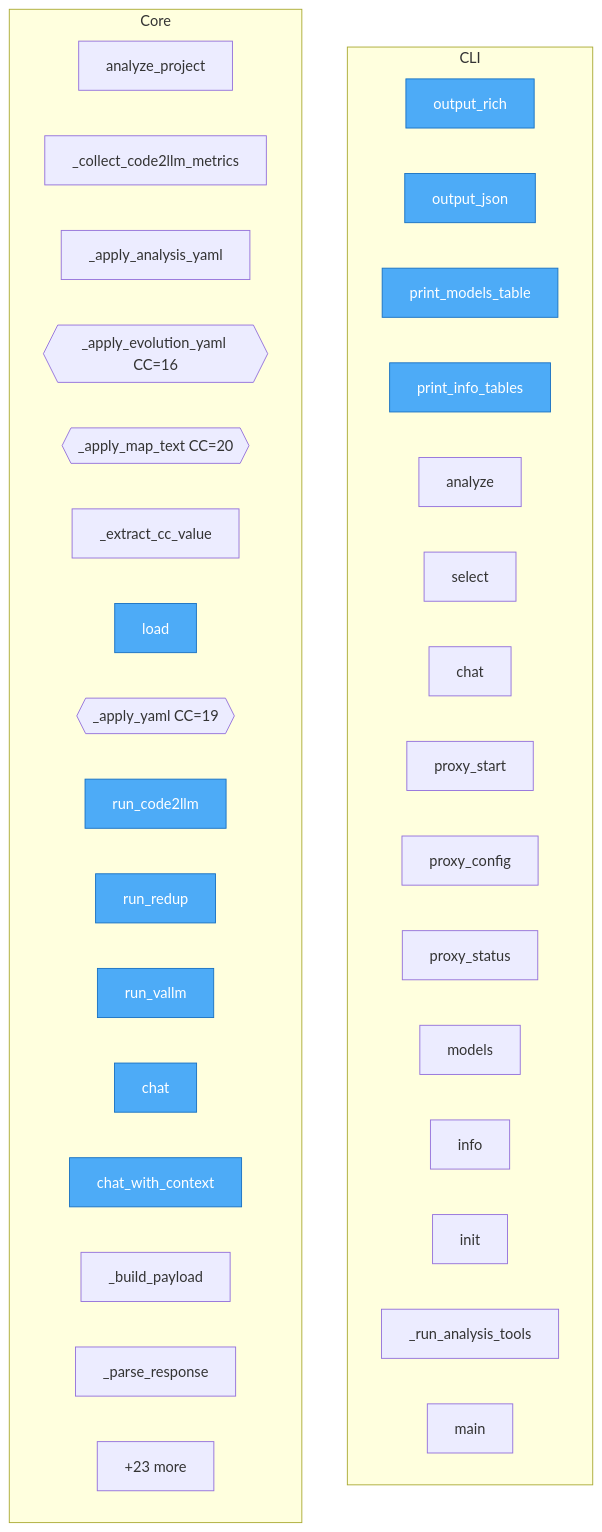
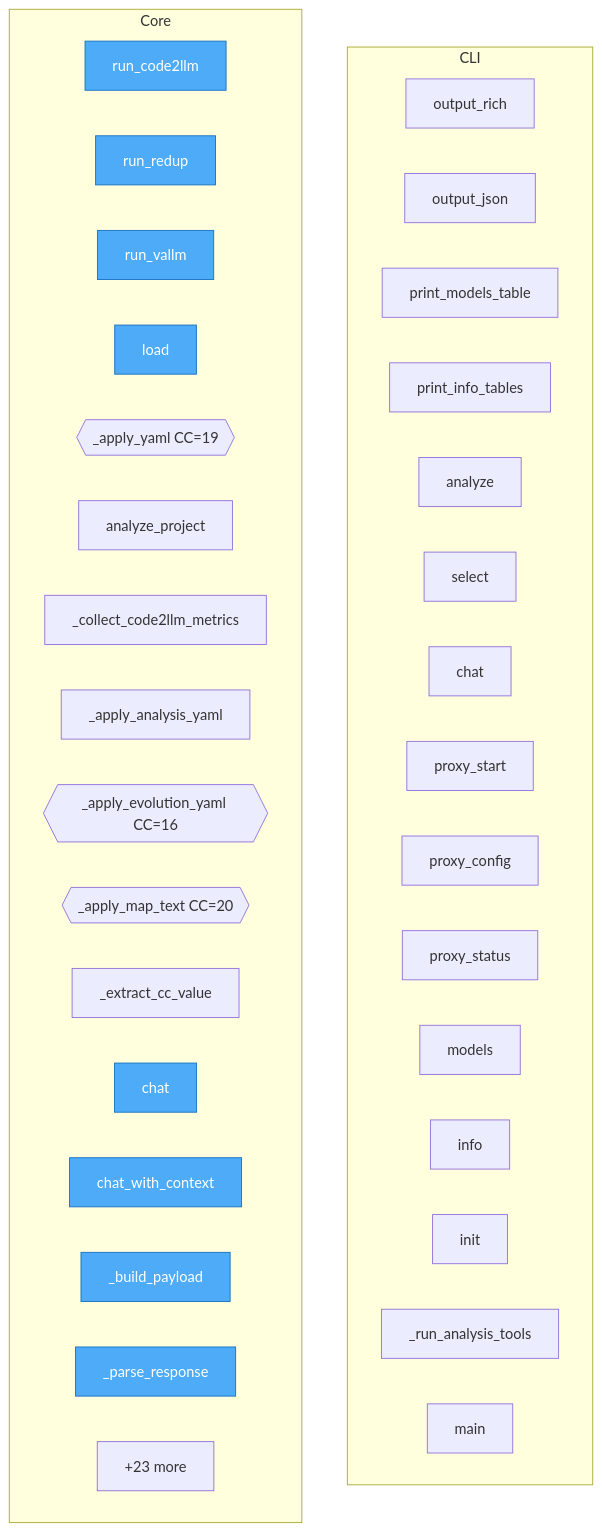
Before and after one commit to semcod/llx: the diagram in project/flow.mmd, drawn with Mermaid. The commit also changed 27 other files, not shown here.

First line of the commit message:
feat(docs): code analysis engine

```diff
--- a/project/flow.mmd
+++ b/project/flow.mmd
@@ -1,43 +1,43 @@
 flowchart TD
 
     %% Entry points (blue)
     classDef entry fill:#4dabf7,stroke:#1971c2,color:#fff
 
     subgraph CLI
         llx__cli__formatters__output_rich["output_rich"]
         llx__cli__formatters__output_json["output_json"]
         llx__cli__formatters__print_models_table["print_models_table"]
         llx__cli__formatters__print_info_tables["print_info_tables"]
         llx__cli__app__analyze["analyze"]
         llx__cli__app__select["select"]
         llx__cli__app__chat["chat"]
         llx__cli__app__proxy_start["proxy_start"]
         llx__cli__app__proxy_config["proxy_config"]
         llx__cli__app__proxy_status["proxy_status"]
         llx__cli__app__models["models"]
         llx__cli__app__info["info"]
         llx__cli__app__init["init"]
         llx__cli__app___run_analysis_tools["_run_analysis_tools"]
         llx__cli__app__main["main"]
     end
 
     subgraph Core
+        llx__analysis__runner__run_code2llm["run_code2llm"]
+        llx__analysis__runner__run_redup["run_redup"]
+        llx__analysis__runner__run_vallm["run_vallm"]
+        llx__config__LlxConfig__load["load"]
+        llx__config___apply_yaml{{_apply_yaml CC=19}}
         llx__analysis__collector__analyze_project["analyze_project"]
         llx__analysis__collector___collect_code2llm_metrics["_collect_code2llm_metrics"]
         llx__analysis__collector___apply_analysis_yaml["_apply_analysis_yaml"]
         llx__analysis__collector___apply_evolution_yaml{{_apply_evolution_yaml CC=16}}
         llx__analysis__collector___apply_map_text{{_apply_map_text CC=20}}
         llx__analysis__collector___extract_cc_value["_extract_cc_value"]
-        llx__config__LlxConfig__load["load"]
-        llx__config___apply_yaml{{_apply_yaml CC=19}}
-        llx__analysis__runner__run_code2llm["run_code2llm"]
-        llx__analysis__runner__run_redup["run_redup"]
-        llx__analysis__runner__run_vallm["run_vallm"]
         llx__routing__client__LlxClient__chat["chat"]
         llx__routing__client__LlxClient__chat_with_context["chat_with_context"]
         llx__routing__client__LlxClient___build_payload["_build_payload"]
         llx__routing__client__LlxClient___parse_response["_parse_response"]
         ...["+23 more"]
     end
 
-    class llx__config__LlxConfig__load,llx__cli__formatters__output_rich,llx__cli__formatters__output_json,llx__cli__formatters__print_models_table,llx__cli__formatters__print_info_tables,llx__analysis__runner__run_code2llm,llx__analysis__runner__run_redup,llx__analysis__runner__run_vallm,llx__routing__client__LlxClient__chat,llx__routing__client__LlxClient__chat_with_context entry
+    class llx__analysis__runner__run_code2llm,llx__analysis__runner__run_redup,llx__analysis__runner__run_vallm,llx__config__LlxConfig__load,llx__routing__client__LlxClient__chat,llx__routing__client__LlxClient__chat_with_context,llx__routing__client__LlxClient___build_payload,llx__routing__client__LlxClient___parse_response,llx__routing__client__LlxClient___fallback_direct,llx__routing__client__LlxClient__close entry
```
